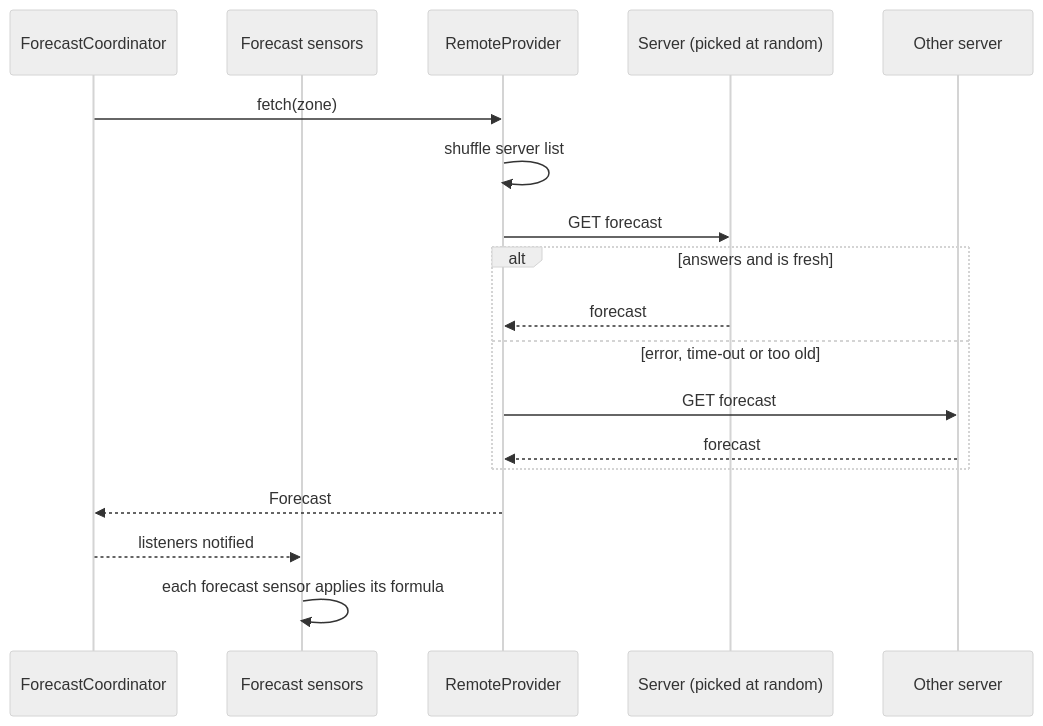
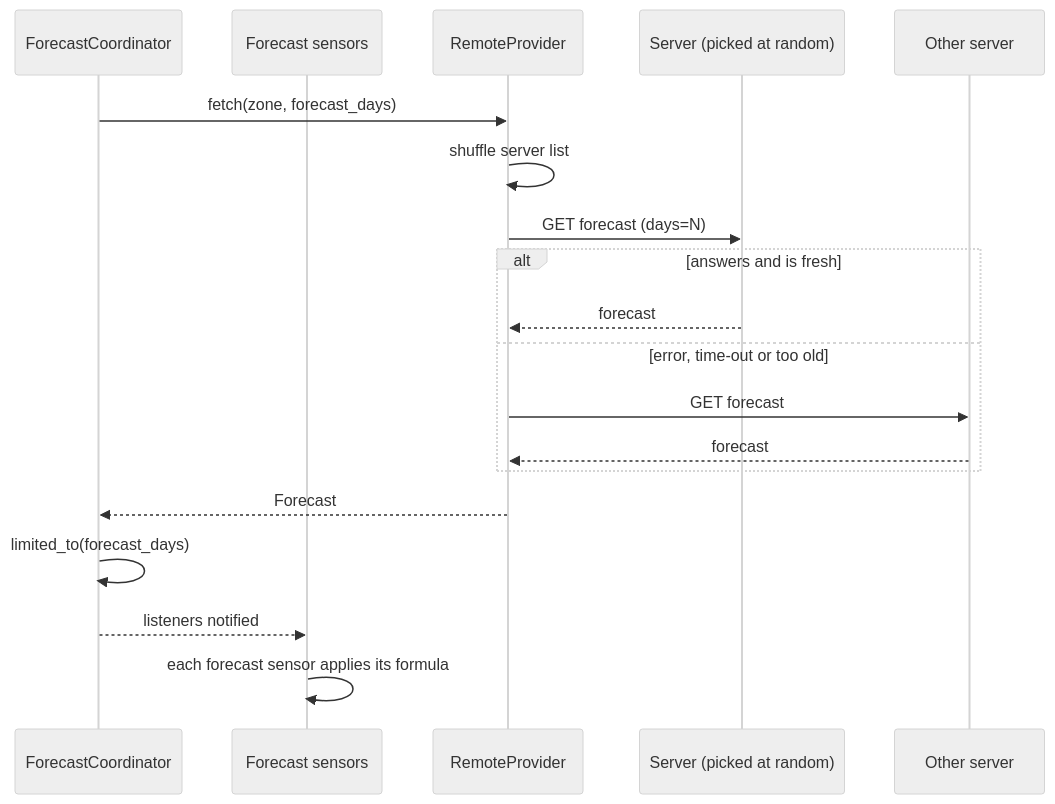
One commit to abroeders/7day-ahead-price-forecast changed the second of 5 diagrams in docs/architecture.md. Above: the diagram before and after it, drawn with Mermaid (neutral theme). The commit also changed other lines of this file and 26 other files, not shown here.

First line of the commit message:
feat: configurable number of forecast days (#17)

````diff
--- a/docs/architecture.md
+++ b/docs/architecture.md
@@ -108,20 +110,21 @@
 ```mermaid
 sequenceDiagram
   participant C as ForecastCoordinator
   participant Sensors as Forecast sensors
   participant P as RemoteProvider
   participant S1 as Server (picked at random)
   participant S2 as Other server
-  C->>P: fetch(zone)
+  C->>P: fetch(zone, forecast_days)
   P->>P: shuffle server list
-  P->>S1: GET forecast
+  P->>S1: GET forecast (days=N)
   alt answers and is fresh
     S1-->>P: forecast
   else error, time-out or too old
     P->>S2: GET forecast
     S2-->>P: forecast
   end
   P-->>C: Forecast
+  C->>C: limited_to(forecast_days)
   C-->>Sensors: listeners notified
   Sensors->>Sensors: each forecast sensor applies its formula
 ```
````
